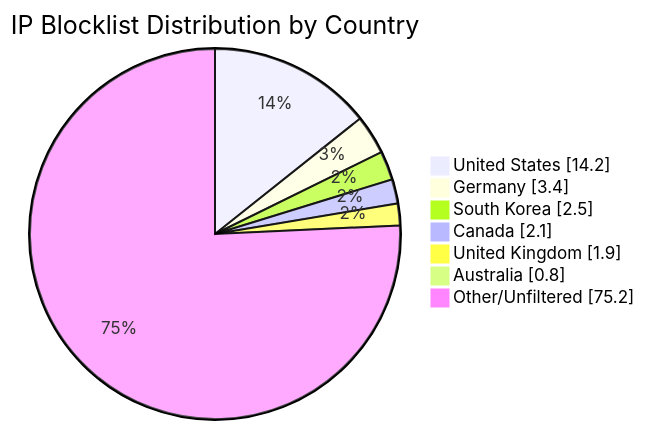
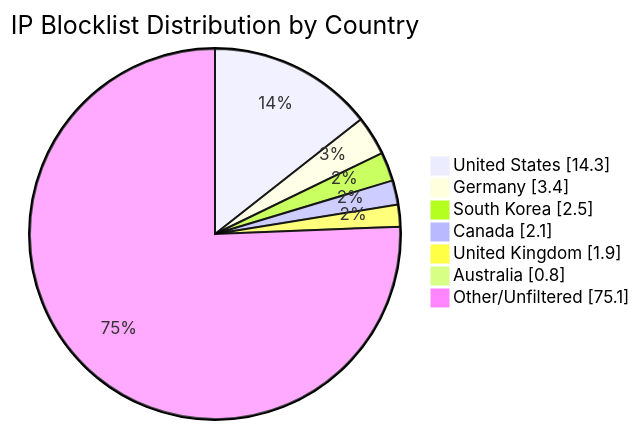
Before and after one commit to MarcusHoltz/ipblocklist-geofiltered-aggregator: the diagram in README.md, drawn with Mermaid. The commit also changed other lines of this file and 9 other files, not shown here.

````diff
--- a/README.md
+++ b/README.md
@@ -34,10 +34,10 @@
 ```mermaid
 pie showData title IP Blocklist Distribution by Country
-"United States" : 14.2
+"United States" : 14.3
 "Germany" : 3.4
 "South Korea" : 2.5
 "Canada" : 2.1
 "United Kingdom" : 1.9
 "Australia" : 0.8
-"Other/Unfiltered" : 75.2
+"Other/Unfiltered" : 75.1
 ```
````
